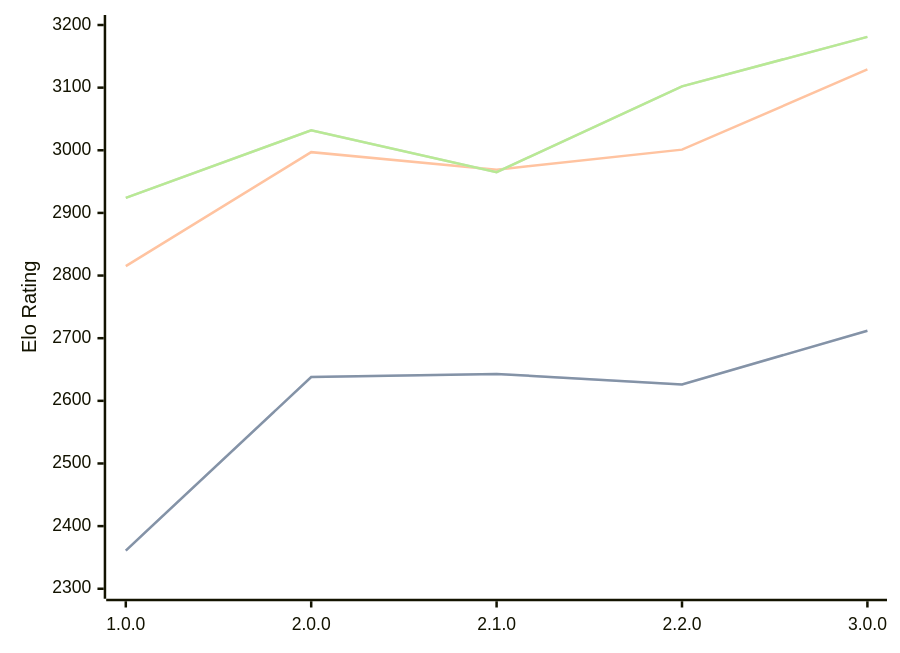
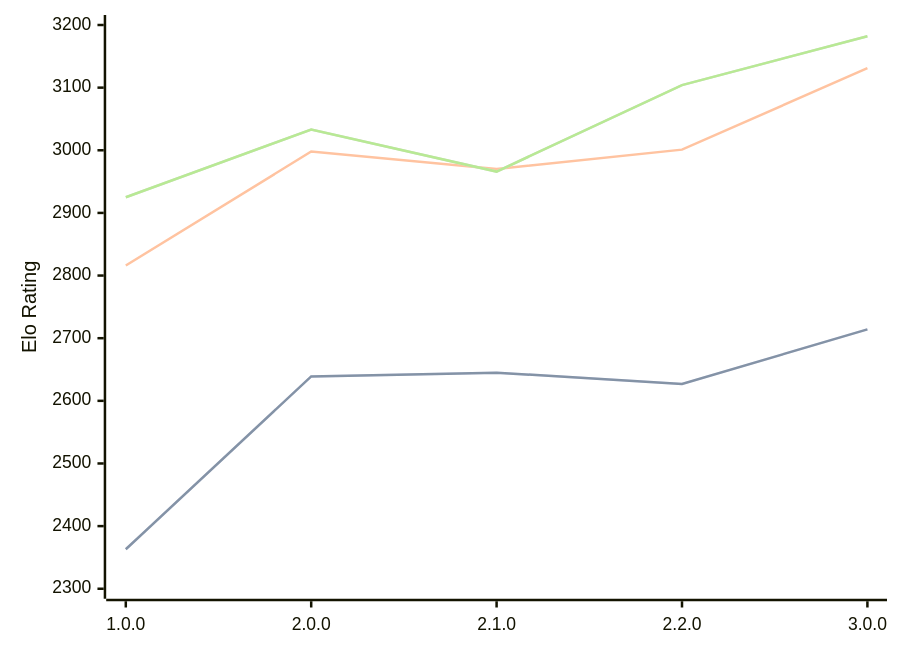
One commit to computer-chess-index/cci changed the diagram in engines/Catalyst.md. Above: the diagram before and after it, drawn with Mermaid. The commit also changed other lines of this file, not shown here.

Commit message:
Update CCI Ratings (ELO VLTC) - 2026-05-12

````diff
--- a/engines/Catalyst.md
+++ b/engines/Catalyst.md
@@ -35,11 +35,11 @@
 ```mermaid
 %%{init: {"theme":"base","themeVariables":{"seriesColors:['#a3a3a3','#222221','#faa371']}}}%%
 xychart-beta
   x-axis ["1.0.0", "2.0.0", "2.1.0", "2.2.0", "3.0.0"]
   y-axis "Elo Rating" 2300 --> 3200
-  line "STC (8.0+0.08s)" [2361, 2638, 2643, 2626, 2712]
-  line "STC (8.0+0.08s)" [2361, 2638, 2643, 2626, 2712]
-  line "LTC (60.0+0.60s)" [2815, 2997, 2969, 3001, 3129]
-  line "VLTC (2m24s+1.12s)" [2924, 3032, 2965, 3102, 3181]
-  line "VLTC (2m24s+1.12s)" [2924, 3032, 2965, 3102, 3181]
+  line "STC (8.0+0.08s)" [2363, 2639, 2645, 2627, 2714]
+  line "STC (8.0+0.08s)" [2363, 2639, 2645, 2627, 2714]
+  line "LTC (60.0+0.60s)" [2816, 2998, 2970, 3001, 3131]
+  line "VLTC (2m24s+1.12s)" [2925, 3033, 2966, 3104, 3182]
+  line "VLTC (2m24s+1.12s)" [2925, 3033, 2966, 3104, 3182]
 ```
````
